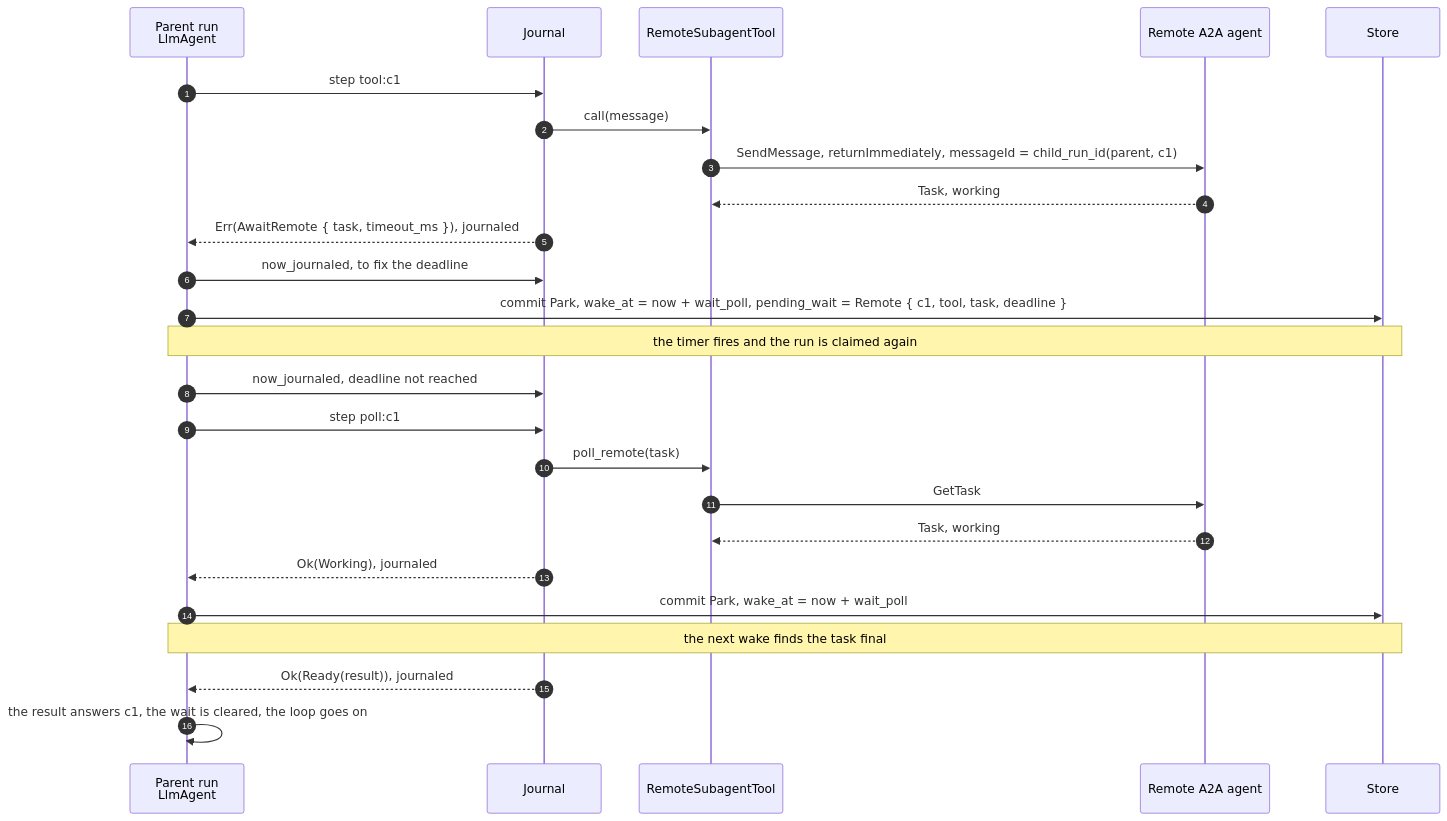
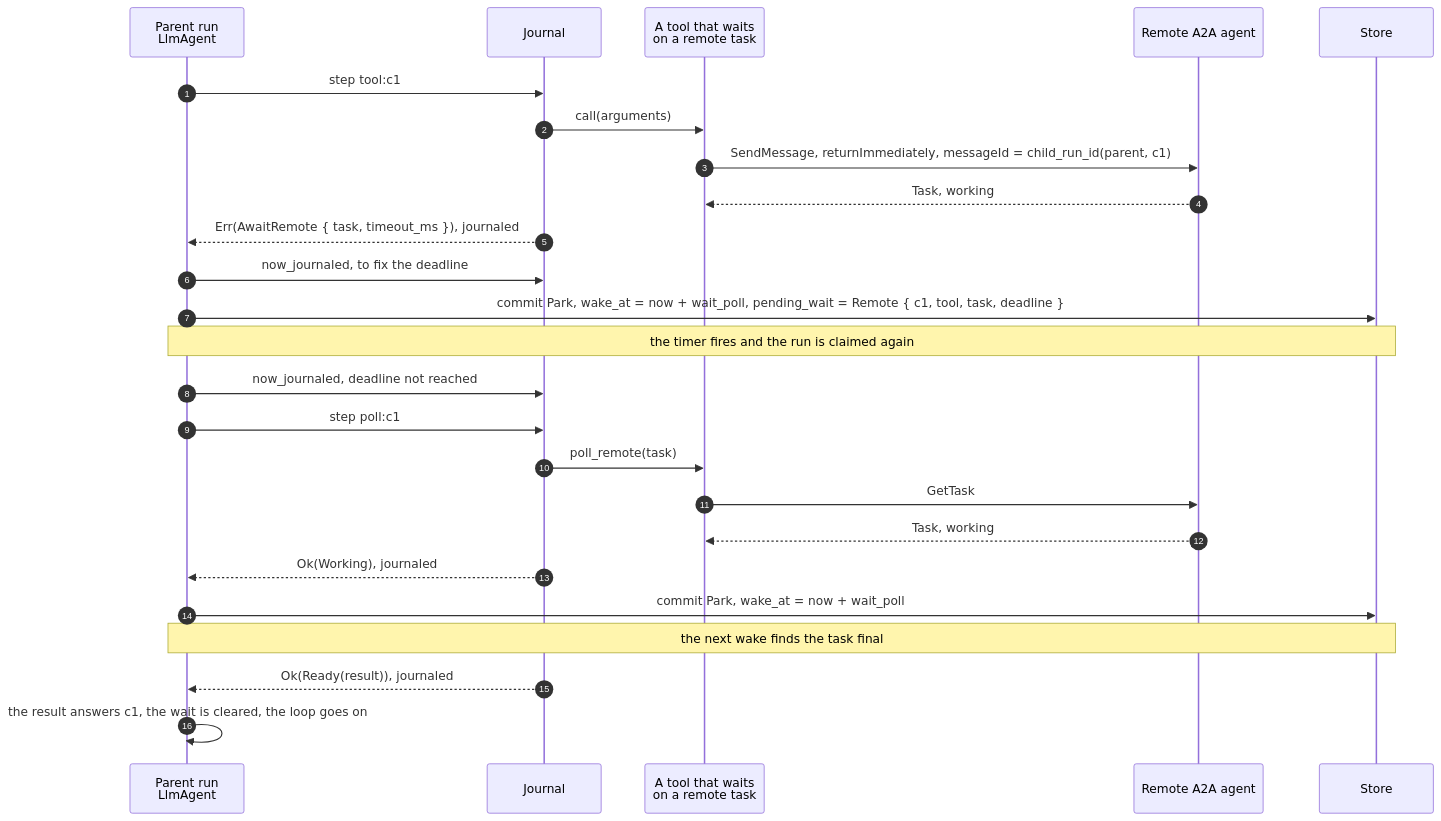
Diagram 11 of 12 in docs/reference/child-runs.md (vymalo/another-adam-rs), drawn with Mermaid before and after one commit. The commit also changed other lines of this file and 57 other files, not shown here.

First line of the commit message:
feat(assembly)!: no tool is named after a subagent; subagent_start starts every child (ADR 0089 C4)

````diff
--- a/docs/reference/child-runs.md
+++ b/docs/reference/child-runs.md
@@ -763,28 +770,28 @@
 ```mermaid
 sequenceDiagram
     autonumber
     participant P as Parent run<br/>LlmAgent
     participant J as Journal
-    participant T as RemoteSubagentTool
+    participant T as A tool that waits<br/>on a remote task
     participant A as Remote A2A agent
     participant DB as Store
 
     P->>J: step tool:c1
-    J->>T: call(message)
+    J->>T: call(arguments)
     T->>A: SendMessage, returnImmediately, messageId = child_run_id(parent, c1)
     A-->>T: Task, working
     J-->>P: Err(AwaitRemote { task, timeout_ms }), journaled
     P->>J: now_journaled, to fix the deadline
     P->>DB: commit Park, wake_at = now + wait_poll, pending_wait = Remote { c1, tool, task, deadline }
     Note over P,DB: the timer fires and the run is claimed again
     P->>J: now_journaled, deadline not reached
     P->>J: step poll:c1
     J->>T: poll_remote(task)
     T->>A: GetTask
     A-->>T: Task, working
     J-->>P: Ok(Working), journaled
     P->>DB: commit Park, wake_at = now + wait_poll
     Note over P,DB: the next wake finds the task final
     J-->>P: Ok(Ready(result)), journaled
     P->>P: the result answers c1, the wait is cleared, the loop goes on
 ```
````
